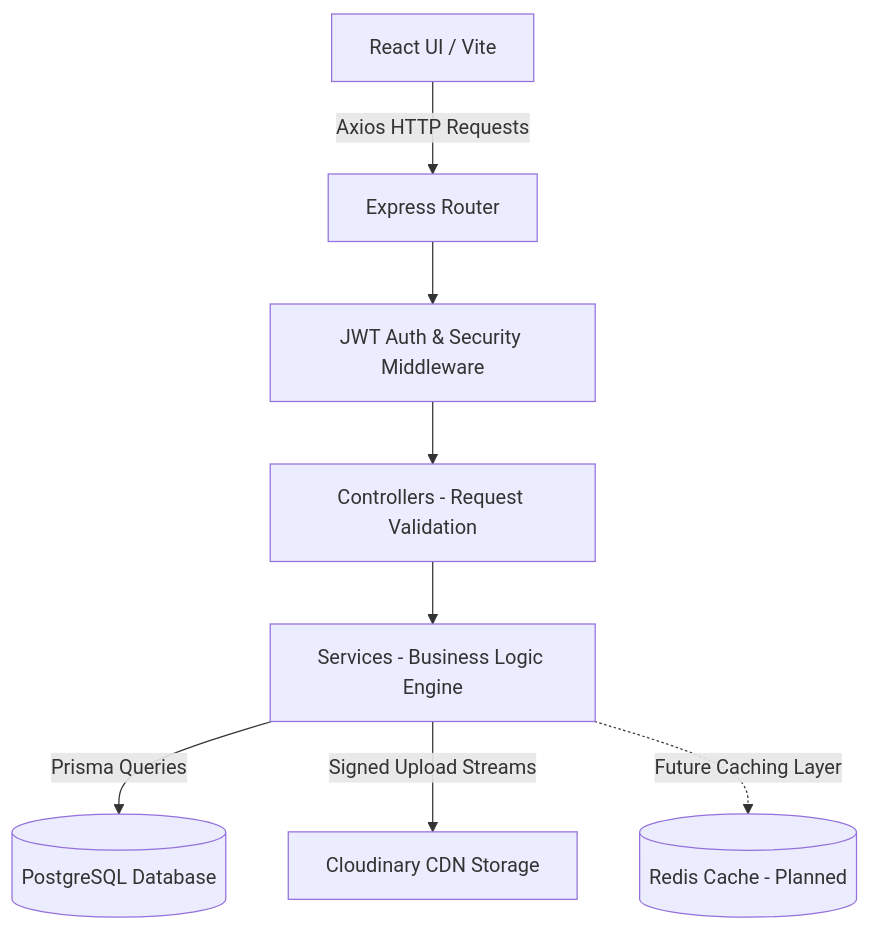
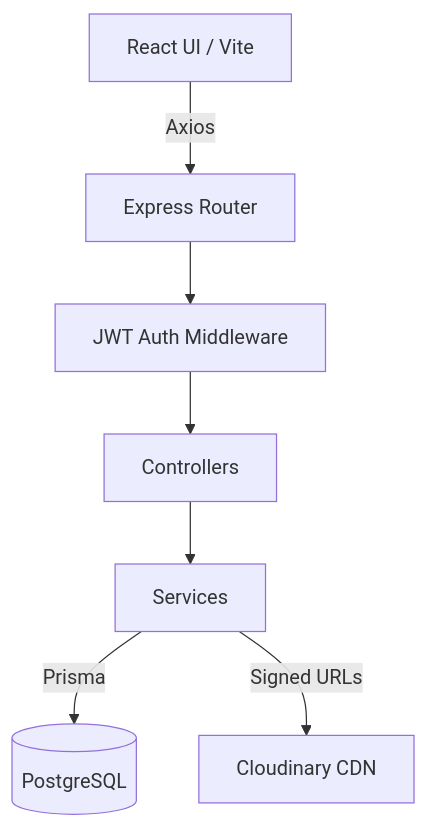
Before and after one commit to Akashyatinjain/Akashyatinjain: the first of 2 diagrams in README.md, drawn with Mermaid. The commit also changed other lines of this file, not shown here.

````diff
--- a/README.md
+++ b/README.md
@@ -115,10 +87,9 @@
 ```mermaid
 graph TD
-    Client[React UI / Vite] -->|Axios HTTP Requests| Router[Express Router]
-    Router --> Middleware[JWT Auth & Security Middleware]
-    Middleware --> Controller[Controllers - Request Validation]
-    Controller --> Service[Services - Business Logic Engine]
-    Service -->|Prisma Queries| Database[(PostgreSQL Database)]
-    Service -->|Signed Upload Streams| Cloudinary[Cloudinary CDN Storage]
-    Service -.->|Future Caching Layer| Redis[(Redis Cache - Planned)]
+    Client[React UI / Vite] -->|Axios| Router[Express Router]
+    Router --> Auth[JWT Auth Middleware]
+    Auth --> Controller[Controllers]
+    Controller --> Service[Services]
+    Service -->|Prisma| DB[(PostgreSQL)]
+    Service -->|Signed URLs| CDN[Cloudinary CDN]
 ```
````
